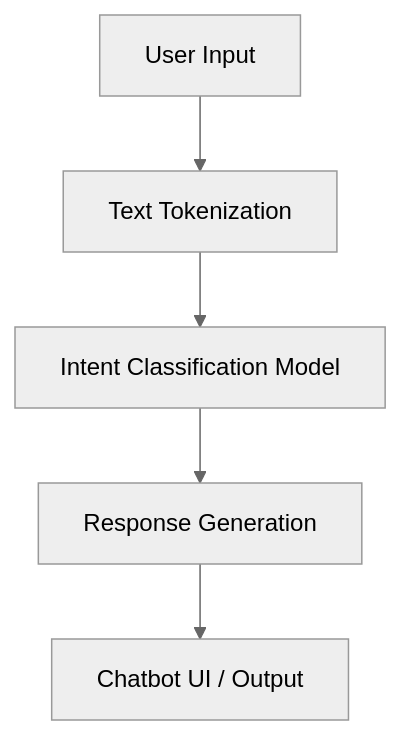
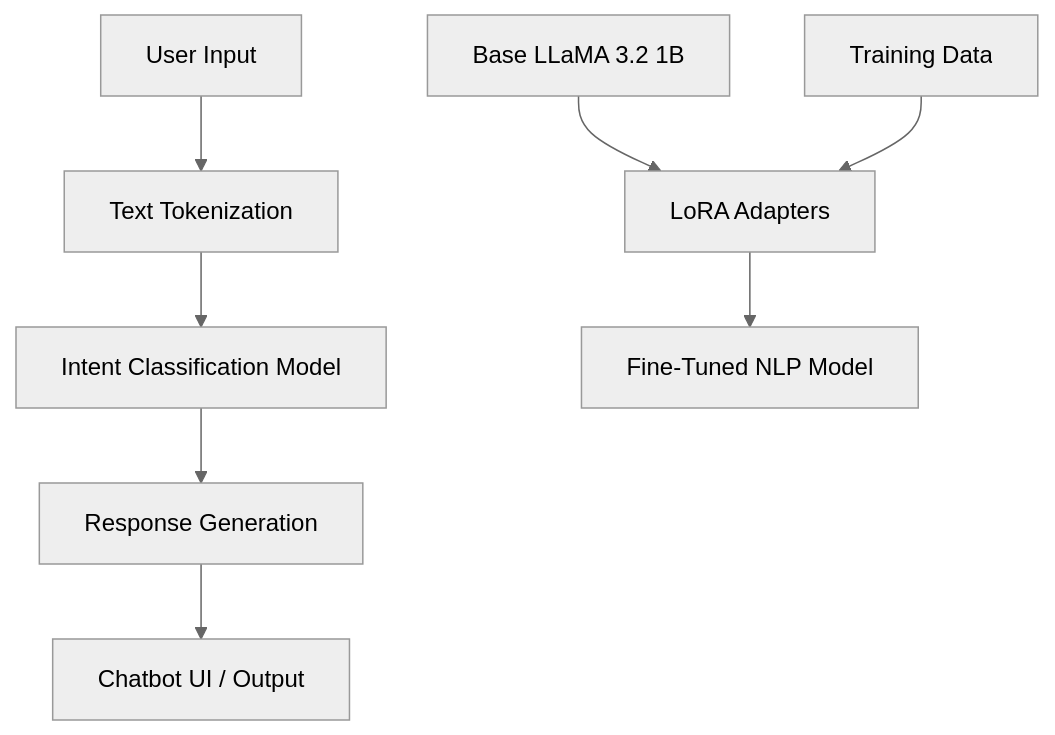
One commit to PatVraj/mental-health-nlp-pipeline changed the diagram in README.md. Above: the diagram before and after it, drawn with Mermaid (neutral theme). The commit also changed other lines of this file and 2 other files, not shown here.

````diff
--- a/README.md
+++ b/README.md
@@ -12,7 +12,10 @@
 ```mermaid
 flowchart TD
     A[User Input] --> B[Text Tokenization]
     B --> C[Intent Classification Model]
     C --> D[Response Generation]
     D --> E[Chatbot UI / Output]
+    F[Base LLaMA 3.2 1B] --> G[LoRA Adapters]
+    H[Training Data] --> G
+    G --> I[Fine-Tuned NLP Model]
 ```
````
